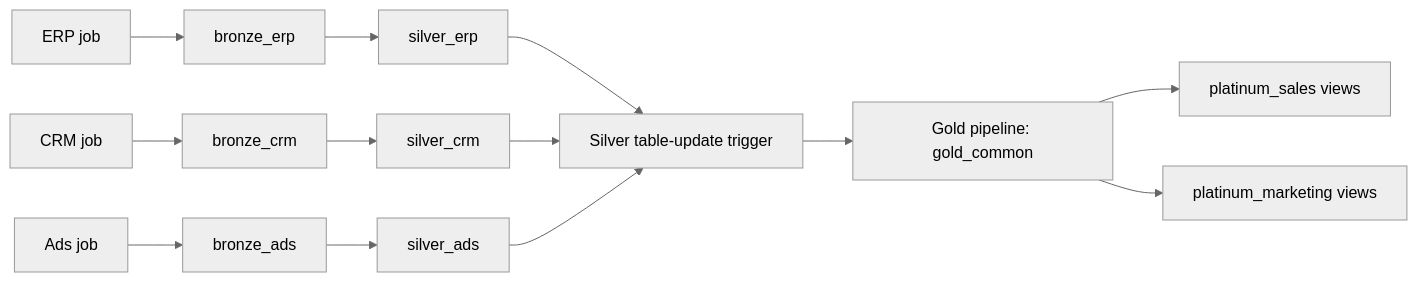
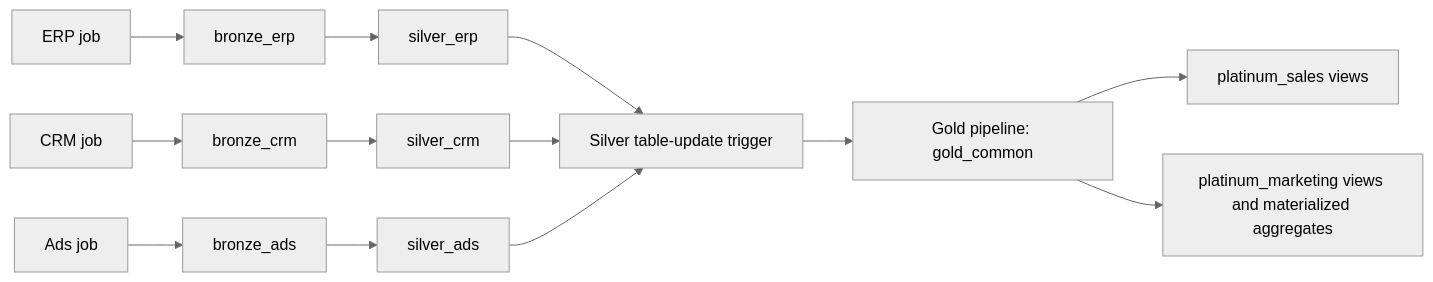
One commit to mrkov/medallion-architecture-databricks changed the diagram in README.md. Above: the diagram before and after it, drawn with Mermaid (neutral theme). The commit also changed other lines of this file and 33 other files, not shown here.

First line of the commit message:
Align contract-driven pipelines, keys and refresh policies with architecture guide

````diff
--- a/README.md
+++ b/README.md
@@ -7,12 +11,12 @@
 ```mermaid
 flowchart LR
   ERP[ERP job] --> BE[bronze_erp] --> SE[silver_erp]
   CRM[CRM job] --> BC[bronze_crm] --> SC[silver_crm]
   Ads[Ads job] --> BA[bronze_ads] --> SA[silver_ads]
   SE --> Trigger[Silver table-update trigger]
   SC --> Trigger
   SA --> Trigger
   Trigger --> Gold[Gold pipeline: gold_common]
   Gold --> Sales[platinum_sales views]
-  Gold --> Marketing[platinum_marketing views]
+  Gold --> Marketing[platinum_marketing views and materialized aggregates]
 ```
````
